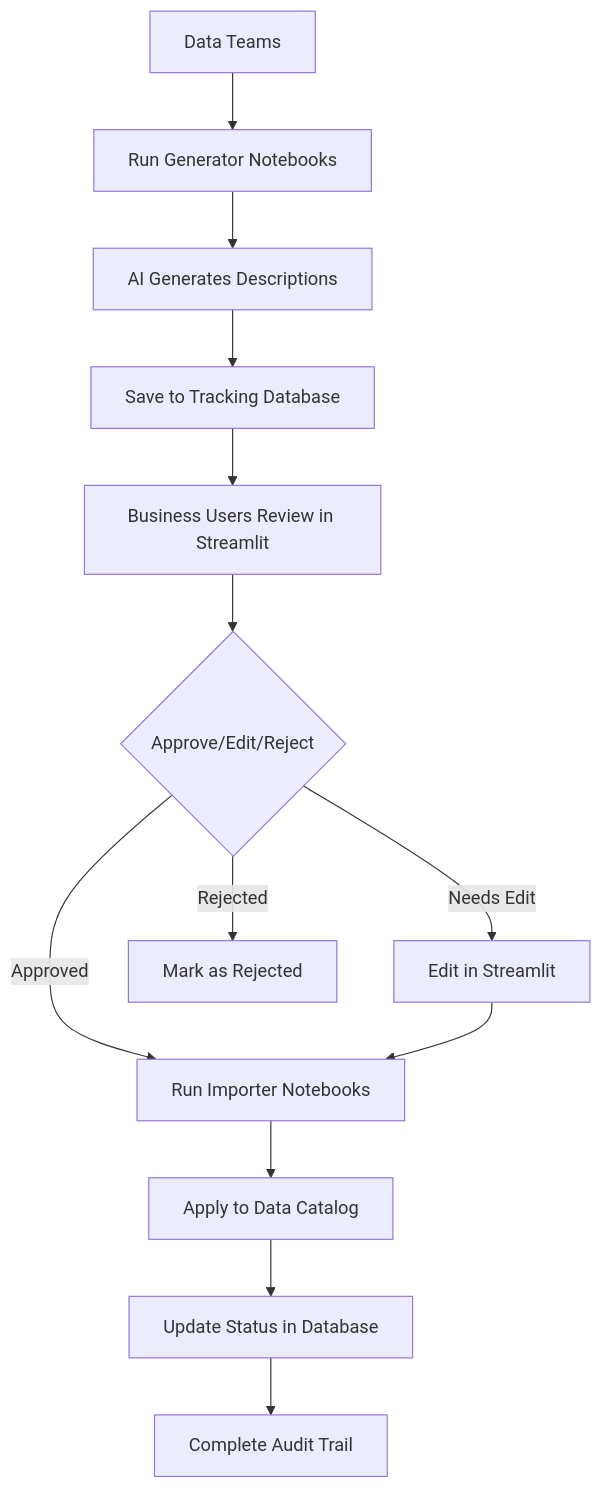
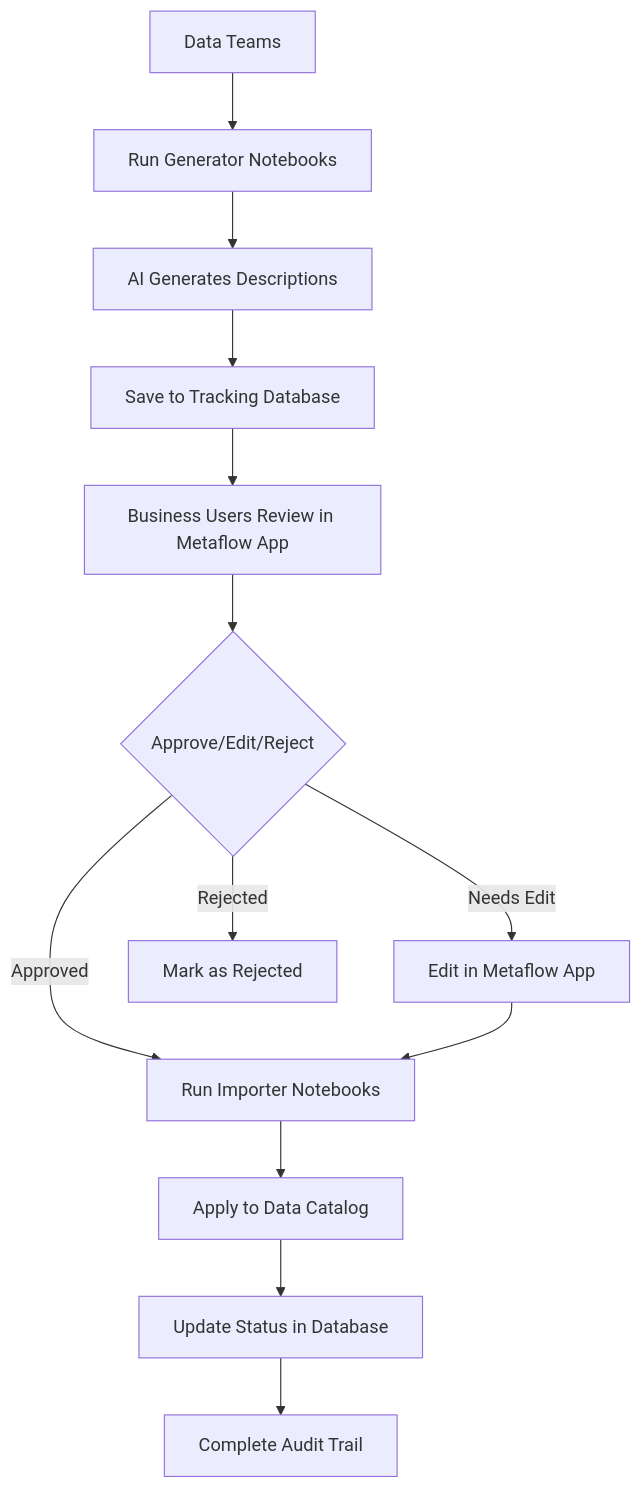
The diagram in README.md (OrrinDatabricks/metaflow), drawn with Mermaid before and after one commit. The commit also changed other lines of this file, not shown here.

````diff
--- a/README.md
+++ b/README.md
@@ -41,15 +41,15 @@
 ```mermaid
 graph TD
     A[Data Teams] --> B[Run Generator Notebooks]
     B --> C[AI Generates Descriptions]
     C --> D[Save to Tracking Database]
-    D --> E[Business Users Review in Streamlit]
+    D --> E[Business Users Review in Metaflow App]
     E --> F{Approve/Edit/Reject}
     F -->|Approved| G[Run Importer Notebooks]
-    F -->|Needs Edit| H[Edit in Streamlit]
+    F -->|Needs Edit| H[Edit in Metaflow App]
     F -->|Rejected| I[Mark as Rejected]
     H --> G
     G --> J[Apply to Data Catalog]
     J --> K[Update Status in Database]
     K --> L[Complete Audit Trail]
 ```
````
